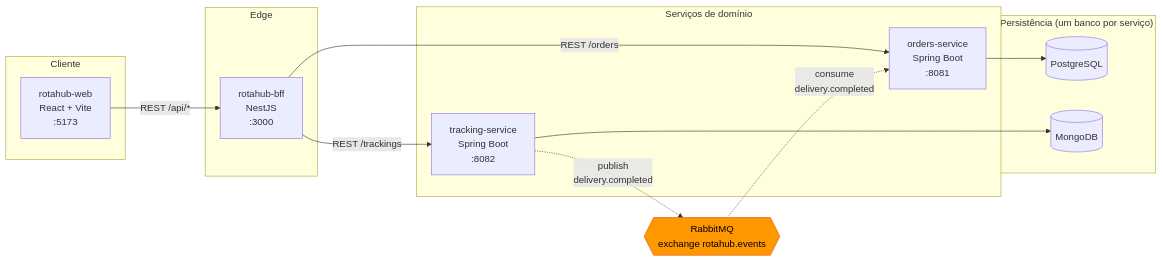
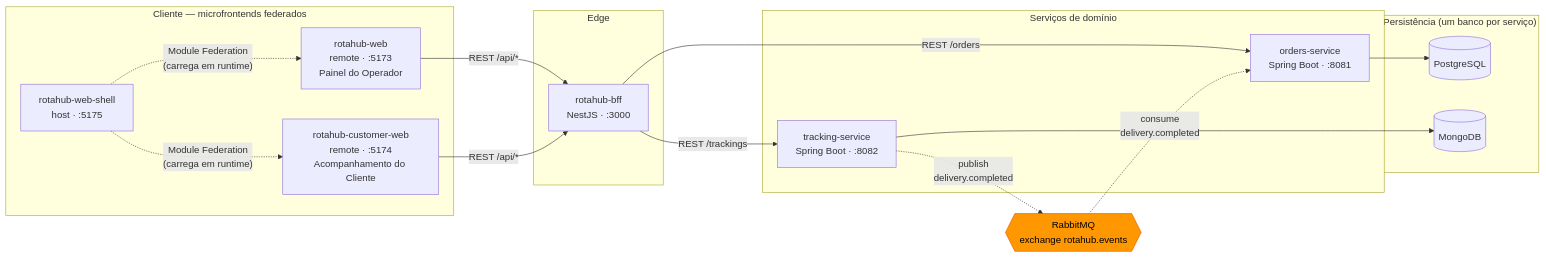
One commit to ericsonscodeler/rotahub-infra changed the first of 2 diagrams in README.md. Above: the diagram before and after it, drawn with Mermaid. The commit also changed other lines of this file and 1 other file, not shown here.

Commit message:
Document microfrontend architecture (shell + operator + customer remotes)

````diff
--- a/README.md
+++ b/README.md
@@ -8,32 +8,37 @@
 ```mermaid
 flowchart LR
-    subgraph client["Cliente"]
-        WEB["rotahub-web<br/>React + Vite<br/>:5173"]
+    subgraph client["Cliente — microfrontends federados"]
+        SHELL["rotahub-web-shell<br/>host · :5175"]
+        OPWEB["rotahub-web<br/>remote · :5173<br/>Painel do Operador"]
+        CUWEB["rotahub-customer-web<br/>remote · :5174<br/>Acompanhamento do Cliente"]
+        SHELL -..->|"Module Federation<br/>(carrega em runtime)"| OPWEB
+        SHELL -..->|"Module Federation<br/>(carrega em runtime)"| CUWEB
     end
 
     subgraph edge["Edge"]
-        BFF["rotahub-bff<br/>NestJS<br/>:3000"]
+        BFF["rotahub-bff<br/>NestJS · :3000"]
     end
 
     subgraph services["Serviços de domínio"]
-        ORD["orders-service<br/>Spring Boot<br/>:8081"]
-        TRK["tracking-service<br/>Spring Boot<br/>:8082"]
+        ORD["orders-service<br/>Spring Boot · :8081"]
+        TRK["tracking-service<br/>Spring Boot · :8082"]
     end
 
     subgraph data["Persistência (um banco por serviço)"]
         PG[("PostgreSQL")]
         MG[("MongoDB")]
     end
 
     MQ{{"RabbitMQ<br/>exchange rotahub.events"}}
 
-    WEB -->|"REST /api/*"| BFF
+    OPWEB -->|"REST /api/*"| BFF
+    CUWEB -->|"REST /api/*"| BFF
     BFF -->|"REST /orders"| ORD
     BFF -->|"REST /trackings"| TRK
     ORD --> PG
     TRK --> MG
     TRK -.->|"publish<br/>delivery.completed"| MQ
     MQ -.->|"consume<br/>delivery.completed"| ORD
 
     style MQ fill:#ff9800,stroke:#e65100,color:#000
 ```
````
